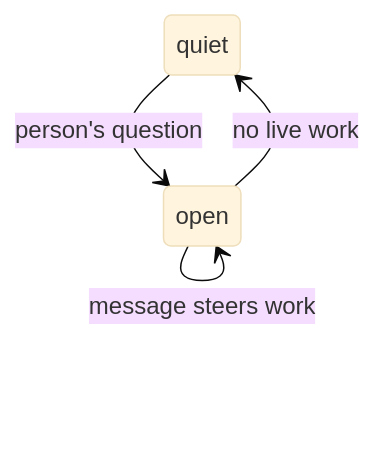
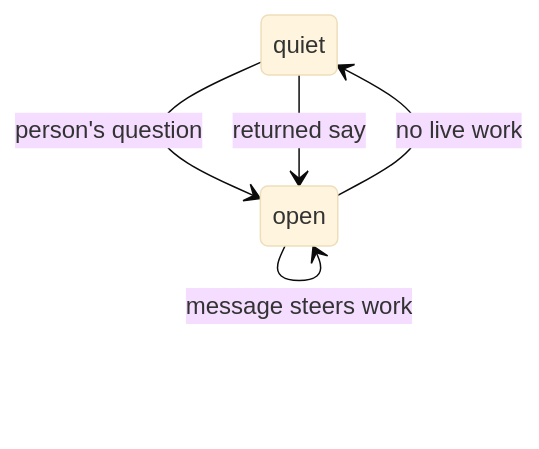
One commit to ambionframework/ambion changed the first of 2 diagrams in docs/exchange.md. Above: the diagram before and after it, drawn with Mermaid (base theme). The commit also changed other lines of this file and 19 other files, not shown here.

````diff
--- a/docs/exchange.md
+++ b/docs/exchange.md
@@ -45,6 +46,7 @@
 ```mermaid
 stateDiagram-v2
     quiet --> open : person's question
+    quiet --> open : returned say
     open --> open : message steers work
     open --> quiet : no live work
 ```
````
